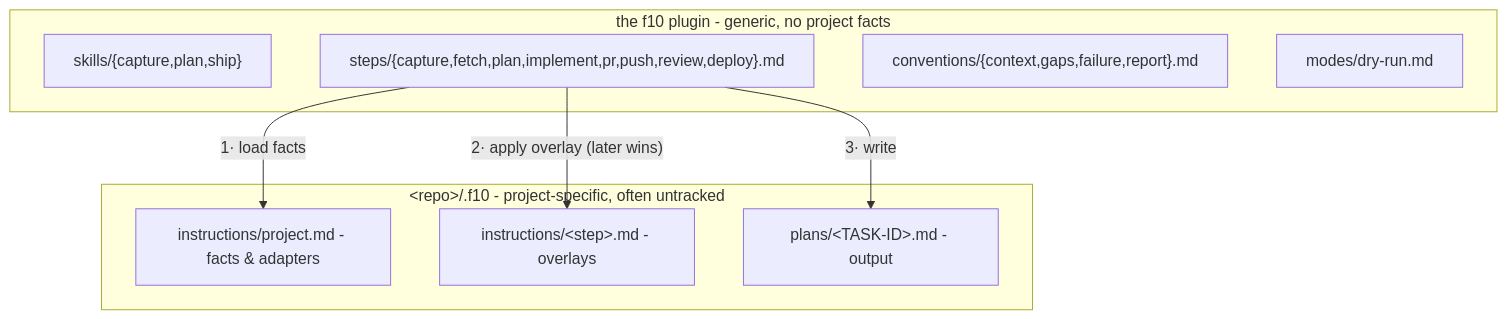
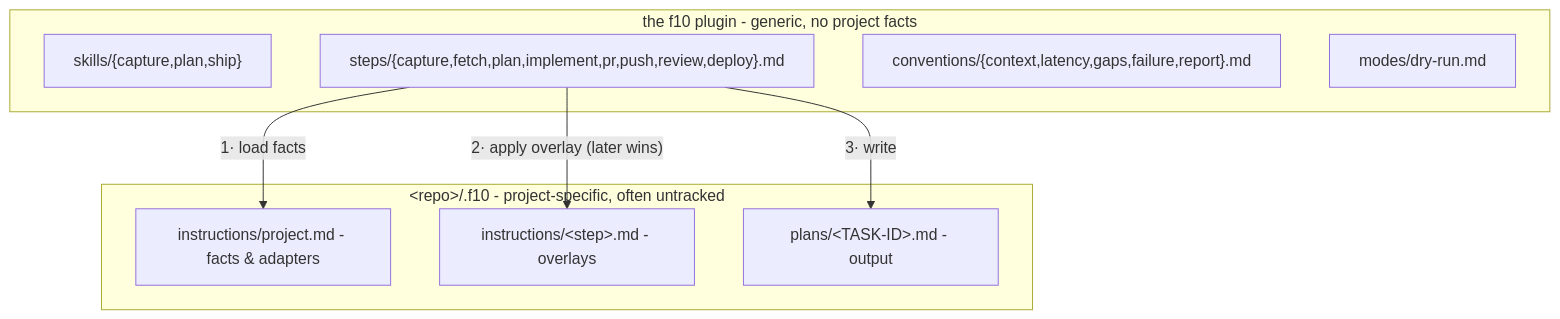
One commit to amberpixels/f10 changed the second of 2 diagrams in README.md. Above: the diagram before and after it, drawn with Mermaid. The commit also changed other lines of this file and 11 other files, not shown here.

````diff
--- a/README.md
+++ b/README.md
@@ -139,17 +140,17 @@
 ```mermaid
 flowchart TB
     subgraph plugin ["the f10 plugin - generic, no project facts"]
         skills2["skills/{capture,plan,ship}"]
         gsteps["steps/{capture,fetch,plan,implement,pr,push,review,deploy}.md"]
-        conv["conventions/{context,gaps,failure,report}.md"]
+        conv["conventions/{context,latency,gaps,failure,report}.md"]
         modes2["modes/dry-run.md"]
     end
     subgraph repo ["&lt;repo&gt;/.f10 - project-specific, often untracked"]
         proj["instructions/project.md - facts & adapters"]
         over["instructions/&lt;step&gt;.md - overlays"]
         plans2["plans/&lt;TASK-ID&gt;.md - output"]
     end
     gsteps -- "1· load facts" --> proj
     gsteps -- "2· apply overlay (later wins)" --> over
     gsteps -- "3· write" --> plans2
 ```
````
